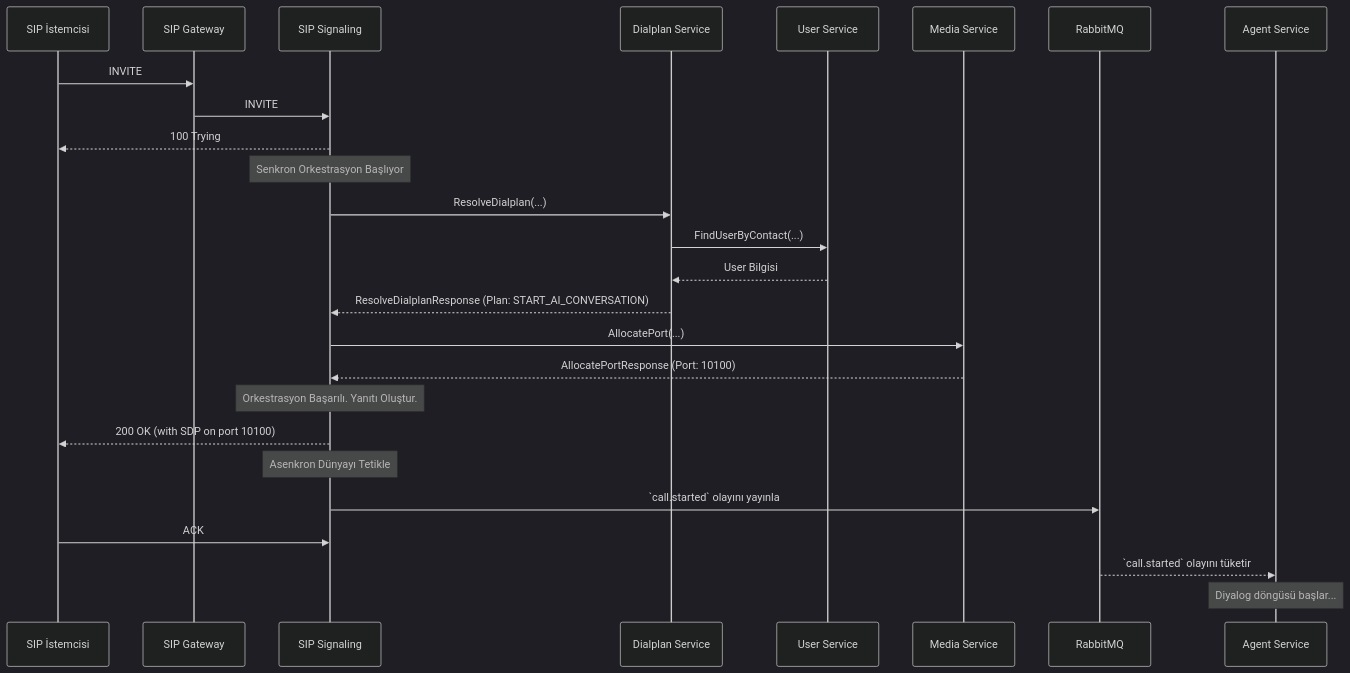
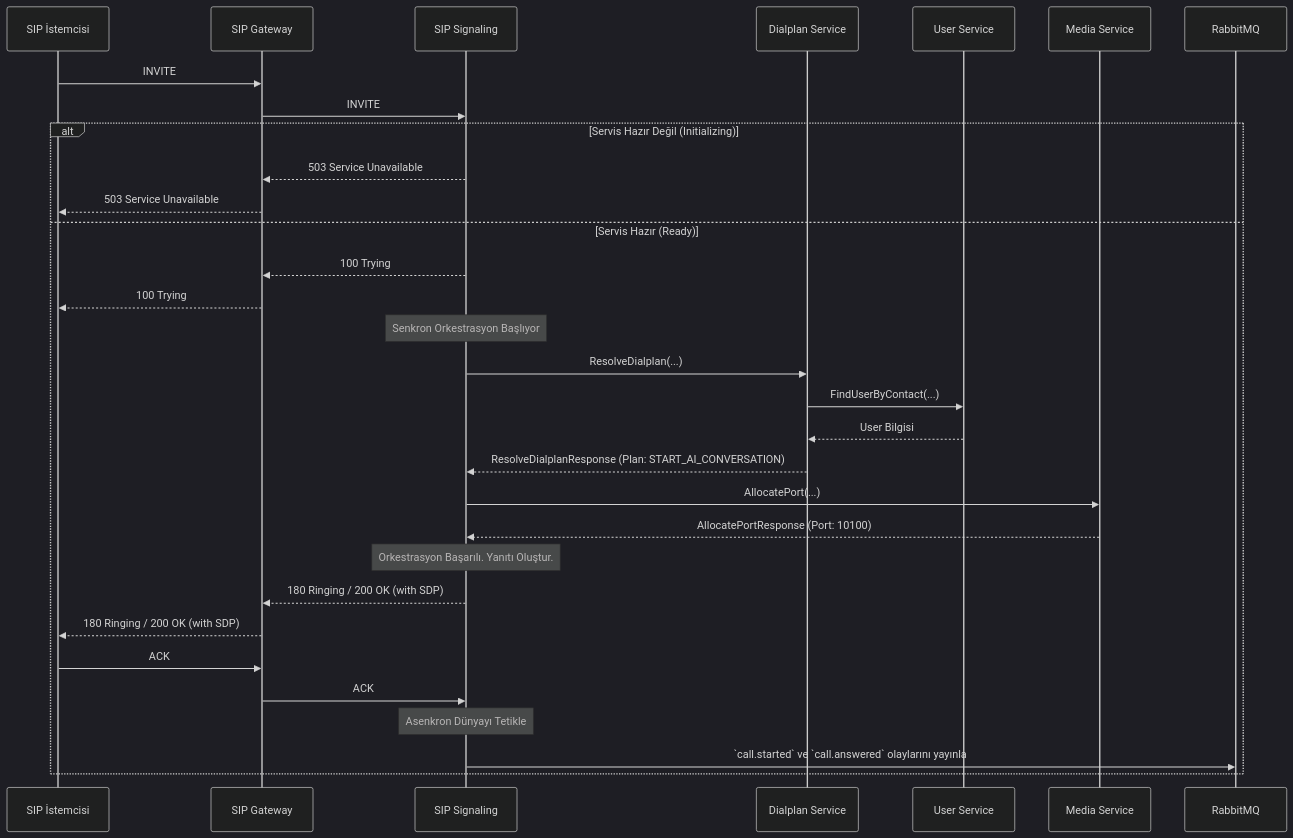
Before and after one commit to sentiric/sentiric-sip-signaling-service: the diagram in LOGIC.md, drawn with Mermaid (dark theme). The commit also changed other lines of this file, not shown here.

Commit message:
docs: Overhaul LOGIC.md to reflect resilient architecture
Bu commit, `LOGIC.md` dosyasını, servisin geçirdiği köklü mimari
değişiklikleri yansıtacak şekilde baştan sona günceller.

Değişiklikler:

-   **Stratejik Rol Güncellemesi:** Servisin rolü, "Dayanıklı Orkestra Şefi"
    olarak yeniden tanımlandı. Artık sadece senkron orkestrasyon değil,
    aynı zamanda sistemin geri kalanı hazır olana kadar çağrıları
    düzgün bir şekilde reddetme yeteneği de vurgulanmaktadır.
-   **Detaylı Akış Diyagramı:** `mermaid` diyagramı, servisin iki temel
    durumunu ("Başlatılıyor" ve "Hazır") gösterecek şekilde `alt/else`
    bloğu ile güncellendi. Bu, servisin hazır değilken nasıl `503`
    yanıtı verdiğini ve hazır olduğunda tam orkestrasyon akışını nasıl
    yürüttüğünü görsel olarak açıklar.
-   **Yeni Bölüm: Mimari Temelleri:** Projenin temelini oluşturan
    kritik tasarım kararlarını açıklamak için yeni bir bölüm eklendi.
    Bu bölümde "Dayanıklı ve Durum Odaklı Başlangıç" ve "Merkezi Durum
    Yönetimi (AppState)" gibi konular, nedenleriyle birlikte
    belgelenmiştir.

````diff
--- a/LOGIC.md
+++ b/LOGIC.md
@@ -22,35 +23,41 @@
 ```mermaid
 sequenceDiagram
     participant Client as SIP İstemcisi
     participant Gateway as SIP Gateway
     participant Signaling as SIP Signaling
-    participant Dialplan as Dialplan Service
-    participant User as User Service
-    participant Media as Media Service
-    participant RabbitMQ
-    participant AgentService as Agent Service
-
+    
     Client->>Gateway: INVITE
     Gateway->>Signaling: INVITE
-    Signaling-->>Client: 100 Trying
 
-    Note over Signaling: Senkron Orkestrasyon Başlıyor
-    Signaling->>Dialplan: ResolveDialplan(...)
-    Dialplan->>User: FindUserByContact(...)
-    User-->>Dialplan: User Bilgisi
-    Dialplan-->>Signaling: ResolveDialplanResponse (Plan: START_AI_CONVERSATION)
+    alt Servis Hazır Değil (Initializing)
+        Signaling-->>Gateway: 503 Service Unavailable
+        Gateway-->>Client: 503 Service Unavailable
+    else Servis Hazır (Ready)
+        participant Dialplan as Dialplan Service
+        participant User as User Service
+        participant Media as Media Service
+        participant RabbitMQ
+        
+        Signaling-->>Gateway: 100 Trying
+        Gateway-->>Client: 100 Trying
 
-    Signaling->>Media: AllocatePort(...)
-    Media-->>Signaling: AllocatePortResponse (Port: 10100)
+        Note over Signaling: Senkron Orkestrasyon Başlıyor
+        Signaling->>Dialplan: ResolveDialplan(...)
+        Dialplan->>User: FindUserByContact(...)
+        User-->>Dialplan: User Bilgisi
+        Dialplan-->>Signaling: ResolveDialplanResponse (Plan: START_AI_CONVERSATION)
 
-    Note over Signaling: Orkestrasyon Başarılı. Yanıtı Oluştur.
-    Signaling-->>Client: 200 OK (with SDP on port 10100)
-    
-    Note over Signaling: Asenkron Dünyayı Tetikle
-    Signaling->>RabbitMQ: `call.started` olayını yayınla
+        Signaling->>Media: AllocatePort(...)
+        Media-->>Signaling: AllocatePortResponse (Port: 10100)
 
-    Client->>Signaling: ACK
-    
-    RabbitMQ-->>AgentService: `call.started` olayını tüketir
-    Note over AgentService: Diyalog döngüsü başlar...
+        Note over Signaling: Orkestrasyon Başarılı. Yanıtı Oluştur.
+        Signaling-->>Gateway: 180 Ringing / 200 OK (with SDP)
+        Gateway-->>Client: 180 Ringing / 200 OK (with SDP)
+        
+        Client->>Gateway: ACK
+        Gateway->>Signaling: ACK
+        
+        Note over Signaling: Asenkron Dünyayı Tetikle
+        Signaling->>RabbitMQ: `call.started` ve `call.answered` olaylarını yayınla
+    end
 ```
````
